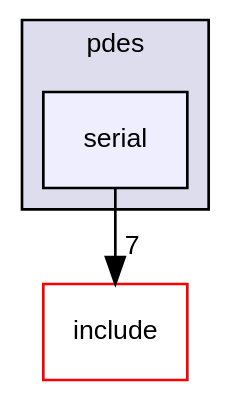
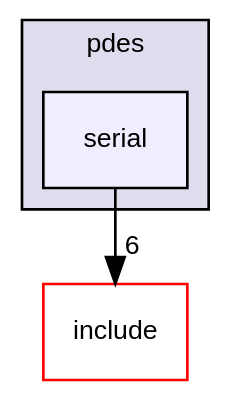
Before and after one commit to fdrmrc/fsi-suite: the diagram in dir_50f223c273824013943d646bc691d39f_dep.dot, drawn with Graphviz. The commit also changed 1256 other files, not shown here.

```diff
--- a/dir_50f223c273824013943d646bc691d39f_dep.dot
+++ b/dir_50f223c273824013943d646bc691d39f_dep.dot
@@ -1,12 +1,12 @@
 digraph "source/pdes/serial" {
   bgcolor=transparent;
   compound=true
   node [ fontsize="10", fontname="Helvetica"];
   edge [ labelfontsize="10", labelfontname="Helvetica"];
   subgraph clusterdir_863924b7d266e6f7561da03323982265 {
     graph [ bgcolor="#ddddee", pencolor="black", label="pdes" fontname="Helvetica", fontsize="10", URL="dir_863924b7d266e6f7561da03323982265.html"]
   dir_50f223c273824013943d646bc691d39f [shape=box, label="serial", style="filled", fillcolor="#eeeeff", pencolor="black", URL="dir_50f223c273824013943d646bc691d39f.html"];
   }
   dir_d44c64559bbebec7f509842c48db8b23 [shape=box label="include" color="red" URL="dir_d44c64559bbebec7f509842c48db8b23.html"];
-  dir_50f223c273824013943d646bc691d39f->dir_d44c64559bbebec7f509842c48db8b23 [headlabel="7", labeldistance=1.5 headhref="dir_000014_000002.html"];
+  dir_50f223c273824013943d646bc691d39f->dir_d44c64559bbebec7f509842c48db8b23 [headlabel="6", labeldistance=1.5 headhref="dir_000015_000002.html"];
 }
```
